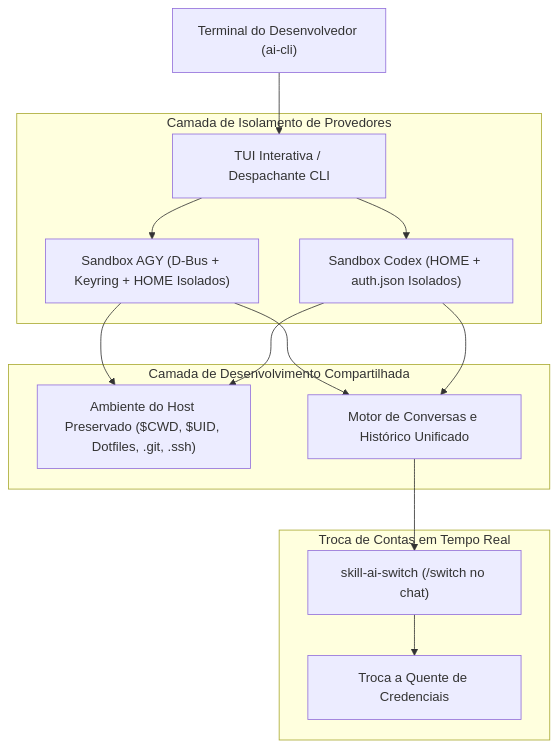
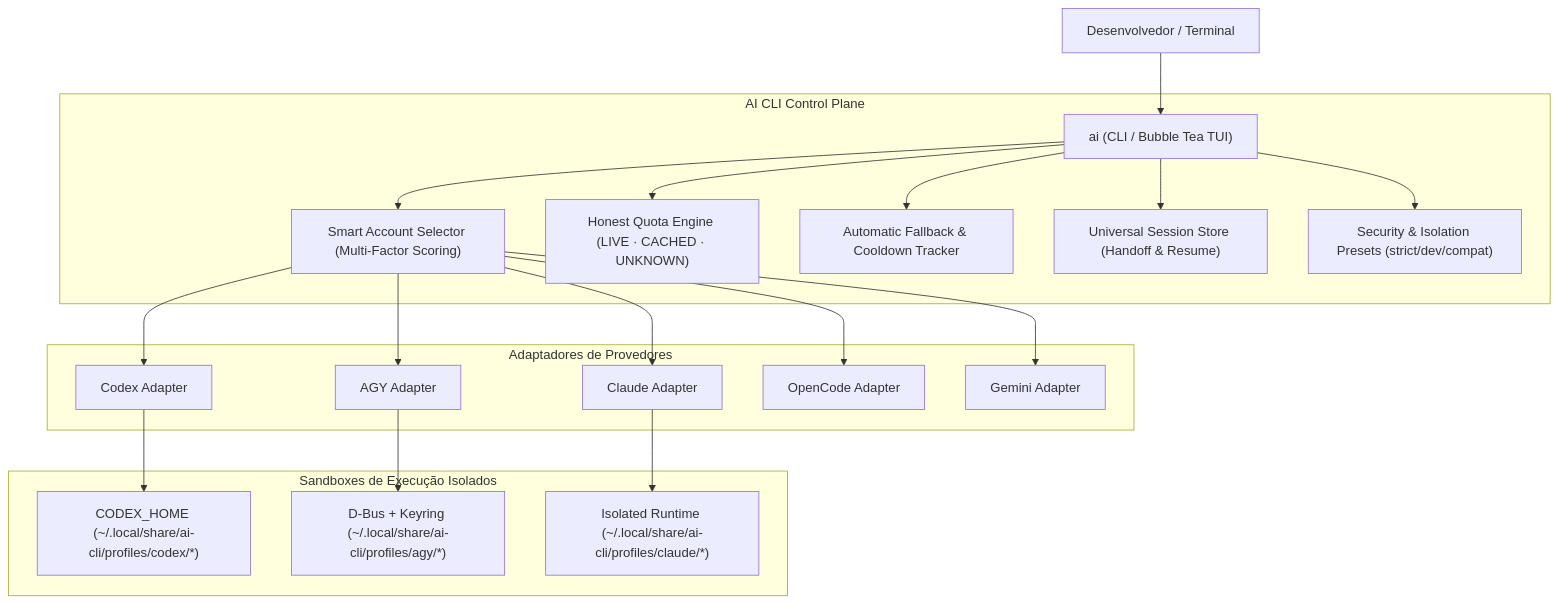
Before and after one commit to kivervinicius/ai-cli: the diagram in README.md, drawn with Mermaid. The commit also changed other lines of this file and 59 other files, not shown here.

First line of the commit message:
feat: transform into local control plane for AI coding CLIs

````diff
--- a/README.md
+++ b/README.md
@@ -166,21 +231,26 @@
 ```mermaid
 graph TD
-    User["Terminal do Desenvolvedor (ai-cli)"] --> TUI["TUI Interativa / Despachante CLI"]
+    User["Desenvolvedor / Terminal"] --> Entrypoint["ai (CLI / Bubble Tea TUI)"]
     
-    subgraph "Camada de Isolamento de Provedores"
-        TUI --> AGY_Sand["Sandbox AGY (D-Bus + Keyring + HOME Isolados)"]
-        TUI --> CDX_Sand["Sandbox Codex (HOME + auth.json Isolados)"]
+    subgraph Control_Plane["AI CLI Control Plane"]
+        Entrypoint --> Scheduler["Smart Account Selector (Multi-Factor Scoring)"]
+        Entrypoint --> QuotaEngine["Honest Quota Engine (LIVE · CACHED · UNKNOWN)"]
+        Entrypoint --> FallbackExec["Automatic Fallback & Cooldown Tracker"]
+        Entrypoint --> SessionIndex["Universal Session Store (Handoff & Resume)"]
+        Entrypoint --> SecurityLayer["Security & Isolation Presets (strict/dev/compat)"]
     end
     
-    subgraph "Camada de Desenvolvimento Compartilhada"
-        AGY_Sand --> HostEnv["Ambiente do Host Preservado ($CWD, $UID, Dotfiles, .git, .ssh)"]
-        CDX_Sand --> HostEnv
-        AGY_Sand --> ConvEngine["Motor de Conversas e Histórico Unificado"]
-        CDX_Sand --> ConvEngine
+    subgraph Provider_Adapters["Adaptadores de Provedores"]
+        Scheduler --> CodexAd["Codex Adapter"]
+        Scheduler --> AgyAd["AGY Adapter"]
+        Scheduler --> ClaudeAd["Claude Adapter"]
+        Scheduler --> OpenCodeAd["OpenCode Adapter"]
+        Scheduler --> GeminiAd["Gemini Adapter"]
     end
     
-    subgraph "Troca de Contas em Tempo Real"
-        ConvEngine --> Skill["skill-ai-switch (/switch no chat)"]
-        Skill --> InPlaceSwap["Troca a Quente de Credenciais"]
+    subgraph Sandboxes["Sandboxes de Execução Isolados"]
+        CodexAd --> CodexHome["CODEX_HOME (~/.local/share/ai-cli/profiles/codex/*)"]
+        AgyAd --> AgyHome["D-Bus + Keyring (~/.local/share/ai-cli/profiles/agy/*)"]
+        ClaudeAd --> ClaudeHome["Isolated Runtime (~/.local/share/ai-cli/profiles/claude/*)"]
     end
 ```
````
